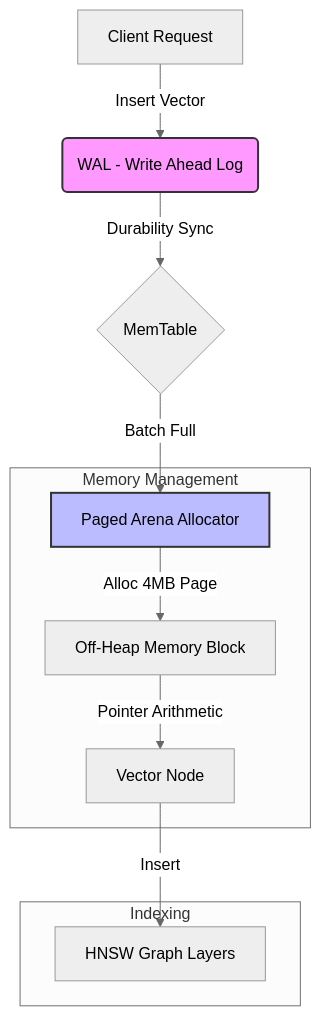
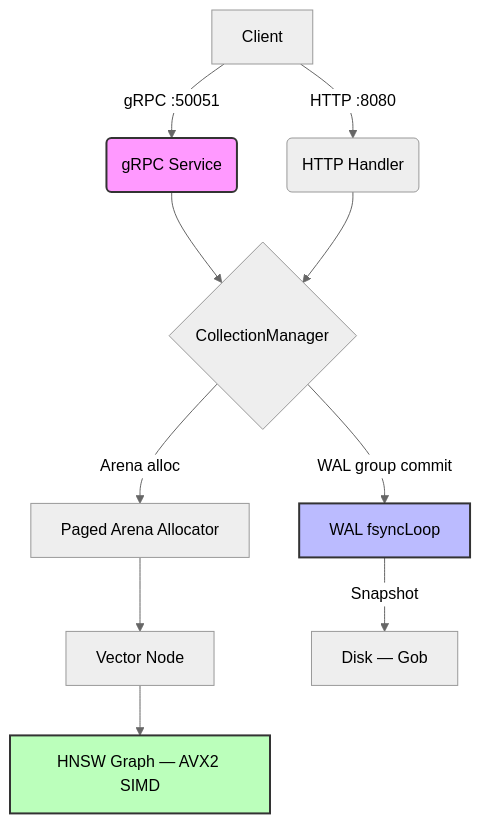
The diagram in VectraDB/readme.md (Stek0v/Levara), drawn with Mermaid (neutral theme) before and after one commit. The commit also changed other lines of this file, not shown here.

````diff
--- a/VectraDB/readme.md
+++ b/VectraDB/readme.md
@@ -15,18 +13,16 @@
 ```mermaid
 graph TD
-    A[Client Request] -->|Insert Vector| B(WAL - Write Ahead Log)
-    B -->|Durability Sync| C{MemTable}
-    C -->|Batch Full| D[Paged Arena Allocator]
-    
-    subgraph "Memory Management"
-    D -->|Alloc 4MB Page| E[Off-Heap Memory Block]
-    E -->|Pointer Arithmetic| F[Vector Node]
-    end
-    
-    subgraph "Indexing"
-    F -->|Insert| G[HNSW Graph Layers]
-    end
-    
+    A[Client] -->|gRPC :50051| B(gRPC Service)
+    A -->|HTTP :8080| C(HTTP Handler)
+    B --> D{CollectionManager}
+    C --> D
+    D -->|WAL group commit| E[WAL fsyncLoop]
+    D -->|Arena alloc| F[Paged Arena Allocator]
+    F --> G[Vector Node]
+    G --> H[HNSW Graph — AVX2 SIMD]
+    E -->|Snapshot| I[Disk — Gob]
+
     style B fill:#f9f,stroke:#333,stroke-width:2px
-    style D fill:#bbf,stroke:#333,stroke-width:2px
+    style E fill:#bbf,stroke:#333,stroke-width:2px
+    style H fill:#bfb,stroke:#333,stroke-width:2px
 ```
````
